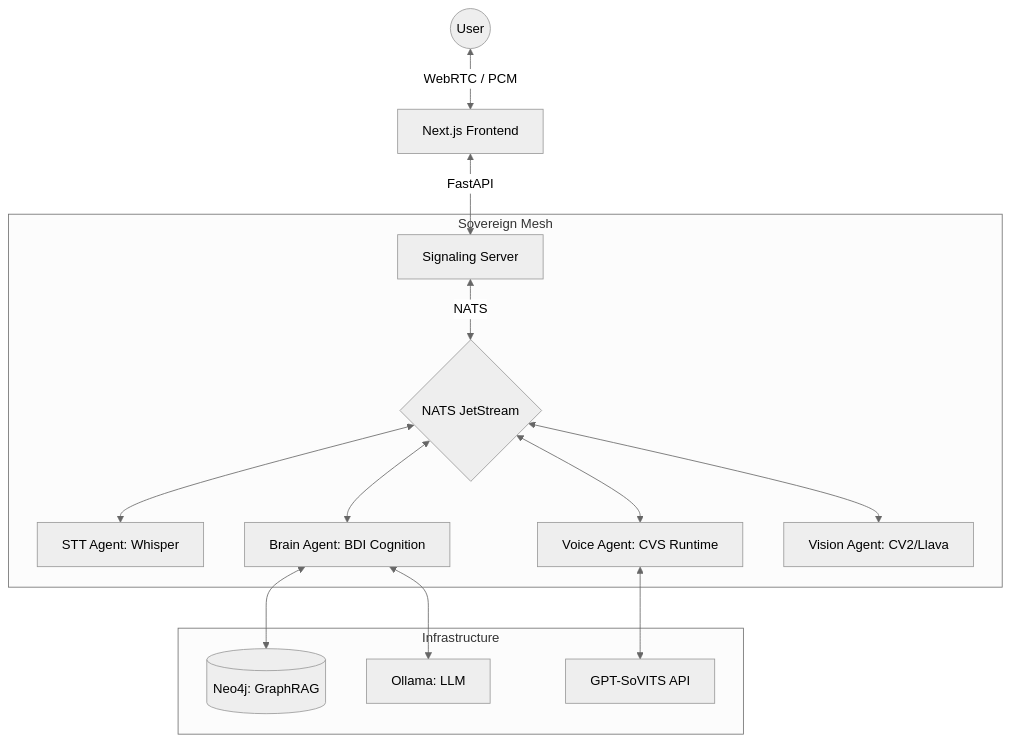
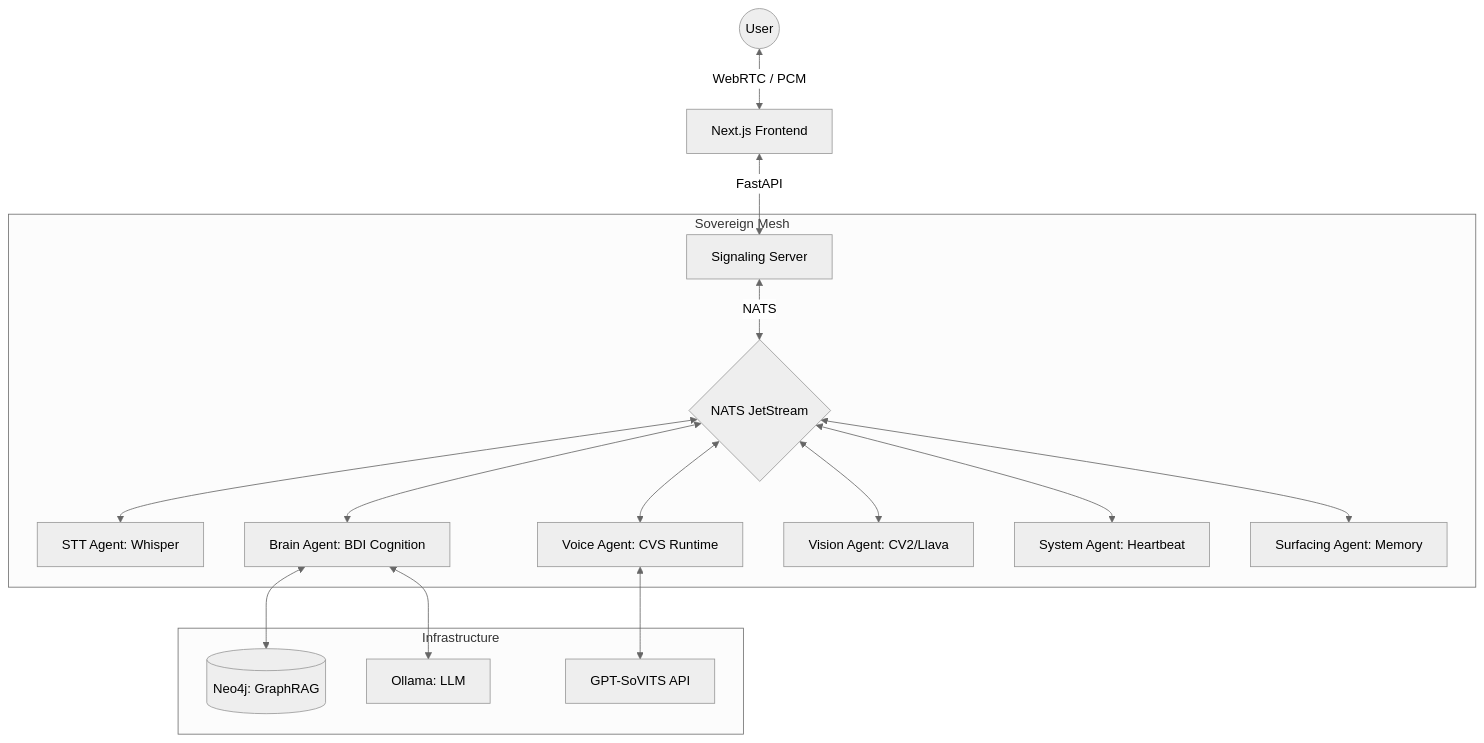
Before and after one commit to Aniket-a14/AI_friend: the first of 2 diagrams in README.md, drawn with Mermaid (neutral theme). The commit also changed other lines of this file and 3 other files, not shown here.

Commit message:
docs: add architecture, latency optimization, and identity system documentation and update README

````diff
--- a/README.md
+++ b/README.md
@@ -27,19 +25,21 @@
 ```mermaid
 graph TD
     User((User)) <--> |WebRTC / PCM| Frontend[Next.js Frontend]
     Frontend <--> |FastAPI| Signaling[Signaling Server]
     
     subgraph Sovereign Mesh
         Signaling <--> |NATS| Bus{NATS JetStream}
         Bus <--> STT[STT Agent: Whisper]
         Bus <--> Brain[Brain Agent: BDI Cognition]
         Bus <--> Voice[Voice Agent: CVS Runtime]
         Bus <--> Vision[Vision Agent: CV2/Llava]
+        Bus <--> Pulse[System Agent: Heartbeat]
+        Bus <--> Recall[Surfacing Agent: Memory]
     end
     
     subgraph Infrastructure
         Brain <--> Neo4j[(Neo4j: GraphRAG)]
         Brain <--> Ollama[Ollama: LLM]
         Voice <--> SoVITS[GPT-SoVITS API]
     end
 ```
````
